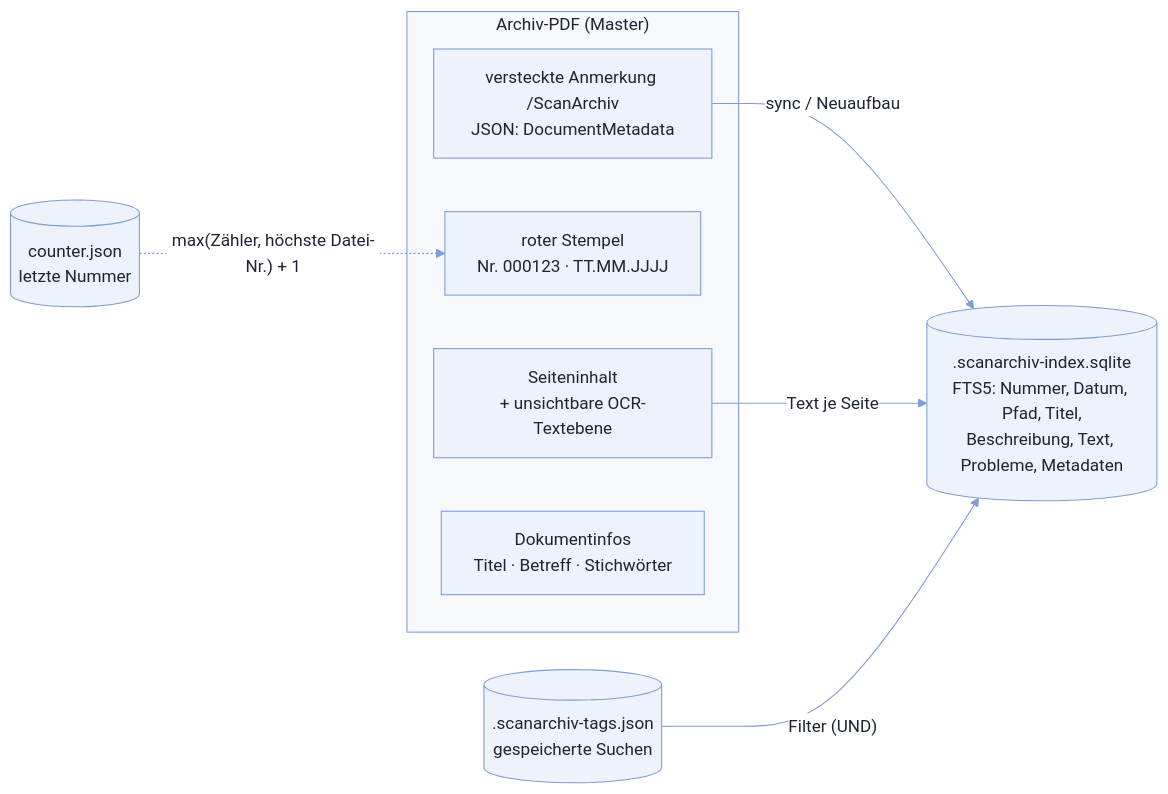
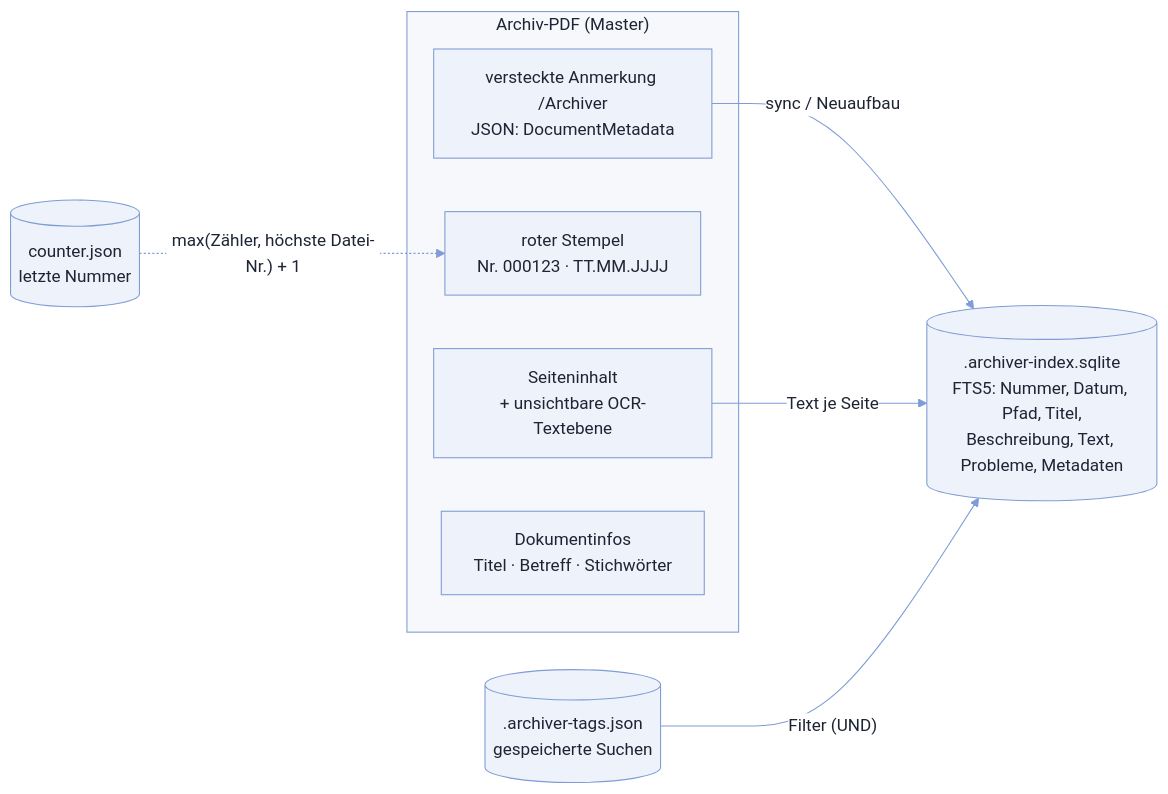
One commit to maziac/the-archiver-src changed the fourth of 14 diagrams in docs/ARCHITEKTUR.md. Above: the diagram before and after it, drawn with Mermaid. The commit also changed other lines of this file and 128 other files, not shown here.

````diff
--- a/docs/ARCHITEKTUR.md
+++ b/docs/ARCHITEKTUR.md
@@ -191,19 +191,19 @@
 ```mermaid
 %%{init: {"theme": "base", "themeVariables": {"lineColor": "#7f9cd6", "primaryColor": "#eef2fa", "primaryTextColor": "#1d2433", "primaryBorderColor": "#7f9cd6", "secondaryColor": "#f3f0fa", "tertiaryColor": "#f6f8fc", "clusterBkg": "#f6f8fc", "clusterBorder": "#7f9cd6", "titleColor": "#1d2433", "edgeLabelBackground": "#ffffff", "textColor": "#1d2433", "signalColor": "#7f9cd6", "signalTextColor": "#7f9cd6", "actorBkg": "#eef2fa", "actorBorder": "#7f9cd6", "actorTextColor": "#1d2433", "actorLineColor": "#7f9cd6", "labelBoxBkgColor": "#eef2fa", "labelTextColor": "#1d2433", "loopTextColor": "#7f9cd6", "noteBkgColor": "#fff7d6", "noteTextColor": "#1d2433"}, "themeCSS": ".flowchart-link, .messageLine0, .messageLine1, .actor-line { stroke-width: 2px !important; }"}}%%
 flowchart LR
     subgraph PDFDatei["Archiv-PDF (Master)"]
         Inhalt["Seiteninhalt<br/>+ unsichtbare OCR-Textebene"]
         Stempel["roter Stempel<br/>Nr. 000123 · TT.MM.JJJJ"]
-        Anm["versteckte Anmerkung /ScanArchiv<br/>JSON: DocumentMetadata"]
+        Anm["versteckte Anmerkung /Archiver<br/>JSON: DocumentMetadata"]
         Info["Dokumentinfos<br/>Titel · Betreff · Stichwörter"]
     end
 
-    Index[(".scanarchiv-index.sqlite<br/>FTS5: Nummer, Datum, Pfad, Titel,<br/>Beschreibung, Text, Probleme, Metadaten")]
-    Tags[(".scanarchiv-tags.json<br/>gespeicherte Suchen")]
+    Index[(".archiver-index.sqlite<br/>FTS5: Nummer, Datum, Pfad, Titel,<br/>Beschreibung, Text, Probleme, Metadaten")]
+    Tags[(".archiver-tags.json<br/>gespeicherte Suchen")]
     Counter[("counter.json<br/>letzte Nummer")]
 
     Anm -- "sync / Neuaufbau" --> Index
     Inhalt -- "Text je Seite" --> Index
     Tags -- "Filter (UND)" --> Index
     Counter -. "max(Zähler, höchste Datei-Nr.) + 1" .-> Stempel
 ```
````
